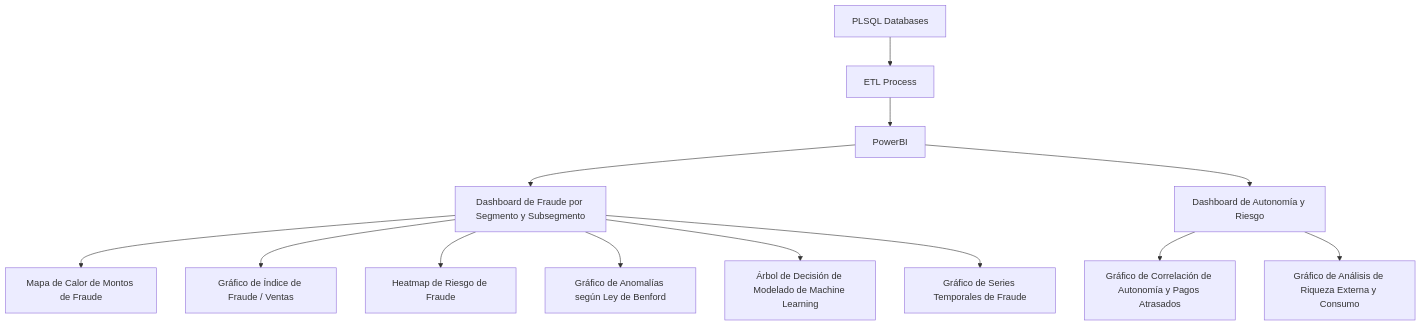
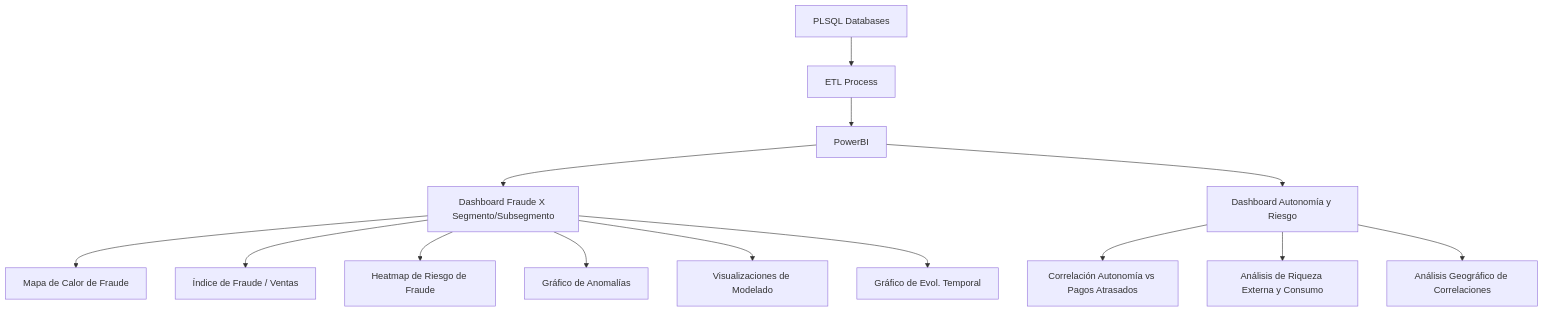
Before and after one commit to PillB/Fraud-Readings: the diagram in Dashboard.md, drawn with Mermaid.

````diff
--- a/Dashboard.md
+++ b/Dashboard.md
@@ -1,28 +1,30 @@
 ```mermaid
 graph TD
 A[PLSQL Databases]
 B[ETL Process]
 C[PowerBI]
-D[Dashboard de Fraude por Segmento y Subsegmento]
-E[Dashboard de Autonomía y Riesgo]
-F[Mapa de Calor de Montos de Fraude]
-G[Gráfico de Índice de Fraude / Ventas]
-H[Gráfico de Correlación de Autonomía y Pagos Atrasados]
-I[Gráfico de Análisis de Riqueza Externa y Consumo]
-J[Heatmap de Riesgo de Fraude]
-K[Gráfico de Anomalías según Ley de Benford]
-L[Árbol de Decisión de Modelado de Machine Learning]
-M[Gráfico de Series Temporales de Fraude]
+D[Dashboard Fraude X Segmento/Subsegmento]
+E[Dashboard Autonomía y Riesgo]
+F[Mapa de Calor de Fraude]
+G[Índice de Fraude / Ventas]
+H[Correlación Autonomía vs Pagos Atrasados]
+I[Análisis de Riqueza Externa y Consumo]
+J[Análisis Geográfico de Correlaciones]
+K[Heatmap de Riesgo de Fraude]
+L[Gráfico de Anomalías]
+M[Visualizaciones de Modelado]
+N[Gráfico de Evol. Temporal]
 A --> B
 B --> C
 C --> D
 C --> E
 D --> F
 D --> G
 E --> H
 E --> I
-D --> J
+E --> J
 D --> K
 D --> L
 D --> M
+D --> N
 ```
````
